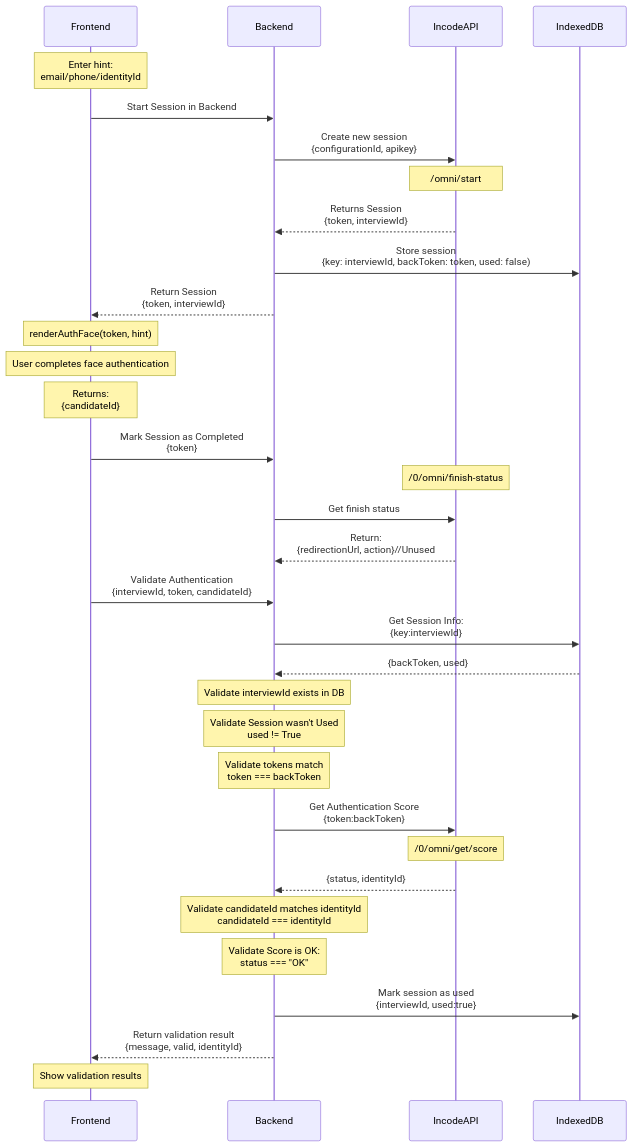
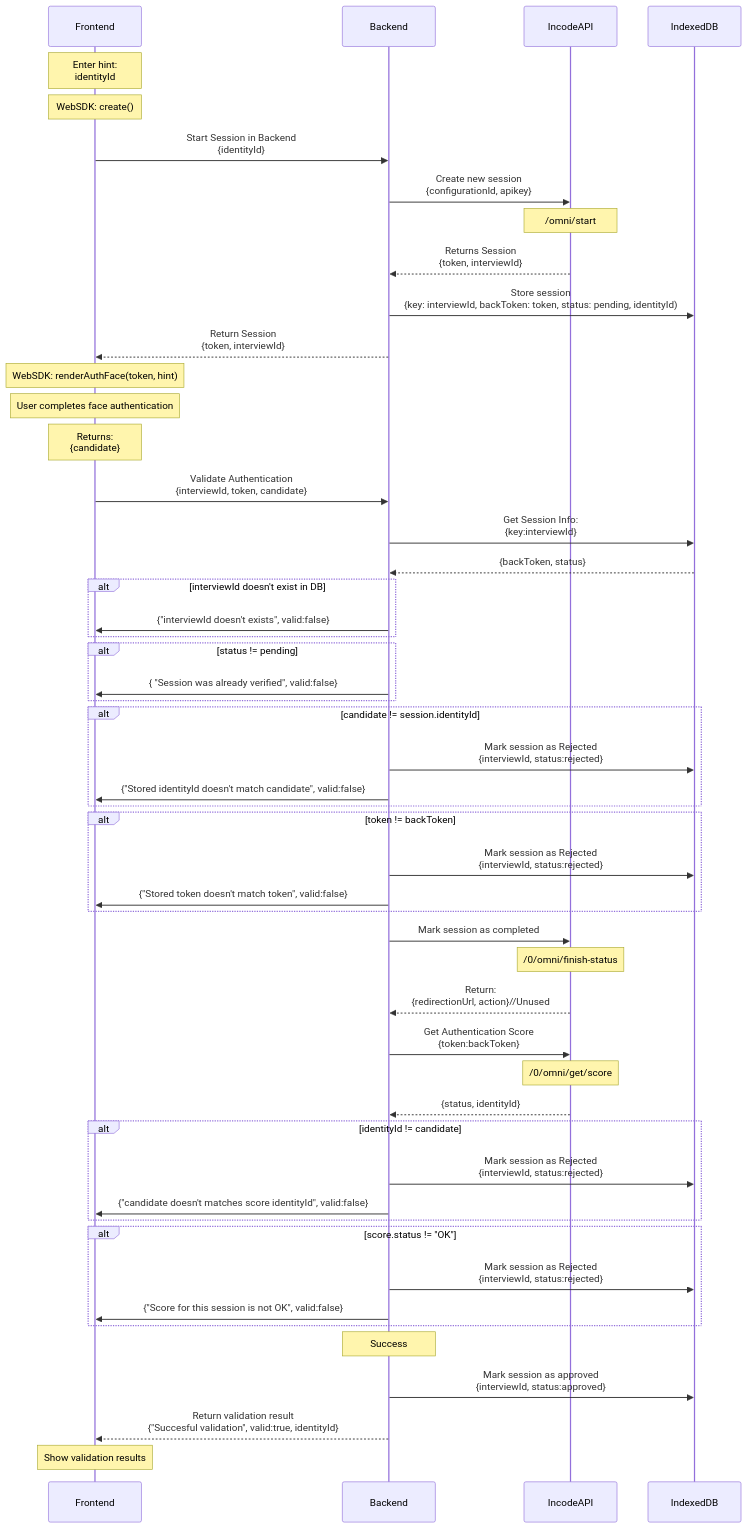
Before and after one commit to Incode-Technologies-Example-Repos/authentication-core-javascript: the diagram in README.md, drawn with Mermaid. The commit also changed other lines of this file and 3 other files, not shown here.

First line of the commit message:
Updated diagram and workings to final approved version of handling auth (#5)

````diff
--- a/README.md
+++ b/README.md
@@ -17,40 +18,59 @@
 ```mermaid
 sequenceDiagram
     participant Frontend
     participant Backend
     participant IncodeAPI
     participant IndexedDB
 
-    Note over Frontend: Enter hint:<br> email/phone/identityId
-    Frontend->>Backend: Start Session in Backend
+    Note over Frontend: Enter hint:<br> identityId
+    Note over Frontend: WebSDK: create()
+    Frontend->>Backend: Start Session in Backend<br>{identityId}
     Backend->>IncodeAPI: Create new session<br>{configurationId, apikey}
     Note over IncodeAPI: /omni/start
     IncodeAPI-->>Backend: Returns Session<br>{token, interviewId}
-    Backend->>IndexedDB: Store session<br>{key: interviewId, backToken: token, used: false)
+    Backend->>IndexedDB: Store session<br>{key: interviewId, backToken: token, status: pending, identityId)
     Backend-->>Frontend: Return Session<br>{token, interviewId}
-    
-    Note over Frontend: renderAuthFace(token, hint)
+
+    Note over Frontend: WebSDK: renderAuthFace(token, hint)
     Note over Frontend: User completes face authentication
-    Note over Frontend:Returns:<br>{candidateId}
-    
-    
-    Frontend->>Backend: Mark Session as Completed<br>{token}
-    Note over IncodeAPI: /0/omni/finish-status 
-    Backend->>IncodeAPI: Get finish status
+    Note over Frontend:Returns:<br>{candidate}
+
+    Frontend->>Backend: Validate Authentication<br>{interviewId, token, candidate}
+    Backend->>IndexedDB: Get Session Info:<br>{key:interviewId}
+    IndexedDB-->>Backend:  {backToken, status}
+    alt interviewId doesn't exist in DB
+      Backend->>Frontend: {"interviewId doesn't exists", valid:false}
+    end
+    alt status != pending
+      Backend->>Frontend: { "Session was already verified", valid:false}
+    end
+    alt candidate != session.identityId
+      Backend->>IndexedDB: Mark session as Rejected<br>{interviewId, status:rejected}
+      Backend->>Frontend: {"Stored identityId doesn't match candidate", valid:false}
+    end
+    alt token != backToken
+      Backend->>IndexedDB: Mark session as Rejected<br>{interviewId, status:rejected}
+      Backend->>Frontend: {"Stored token doesn't match token", valid:false}
+    end
+   
+    Backend->>IncodeAPI: Mark session as completed
+    Note over IncodeAPI: /0/omni/finish-status
     IncodeAPI-->>Backend: Return:<br>{redirectionUrl, action}//Unused
-    
-    Frontend->>Backend: Validate Authentication<br>{interviewId, token, candidateId}
-    Backend->>IndexedDB: Get Session Info:<br>{key:interviewId}
-    IndexedDB-->>Backend:  {backToken, used}
-    Note over Backend: Validate interviewId exists in DB
-    Note over Backend: Validate Session wasn't Used<br>used != True
-    Note over Backend: Validate tokens match<br>token === backToken
+
     Backend->>IncodeAPI: Get Authentication Score<br>{token:backToken}
     Note over IncodeAPI: /0/omni/get/score
     IncodeAPI-->>Backend: {status, identityId}
-    Note over Backend: Validate candidateId matches identityId<br> candidateId === identityId
-    Note over Backend: Validate Score is OK:<br>status === "OK"
-    Backend->>IndexedDB: Mark session as used<br>{interviewId, used:true}
-    Backend-->>Frontend: Return validation result<br>{message, valid, identityId}
+    alt identityId != candidate
+      Backend->>IndexedDB: Mark session as Rejected<br>{interviewId, status:rejected}
+      Backend->>Frontend: {"candidate doesn't matches score identityId", valid:false}
+    end
+    alt score.status != "OK"
+      Backend->>IndexedDB: Mark session as Rejected<br>{interviewId, status:rejected}
+      Backend->>Frontend: {"Score for this session is not OK", valid:false}
+    end
+
+    Note over Backend: Success
+    Backend->>IndexedDB: Mark session as approved<br>{interviewId, status:approved}
+    Backend-->>Frontend: Return validation result<br>{"Succesful validation", valid:true, identityId}
     Note over Frontend: Show validation results
 ```
````
